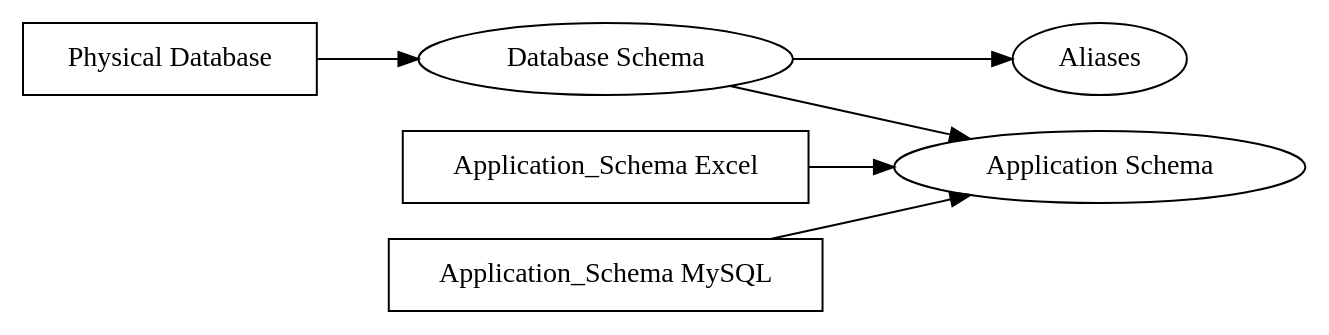
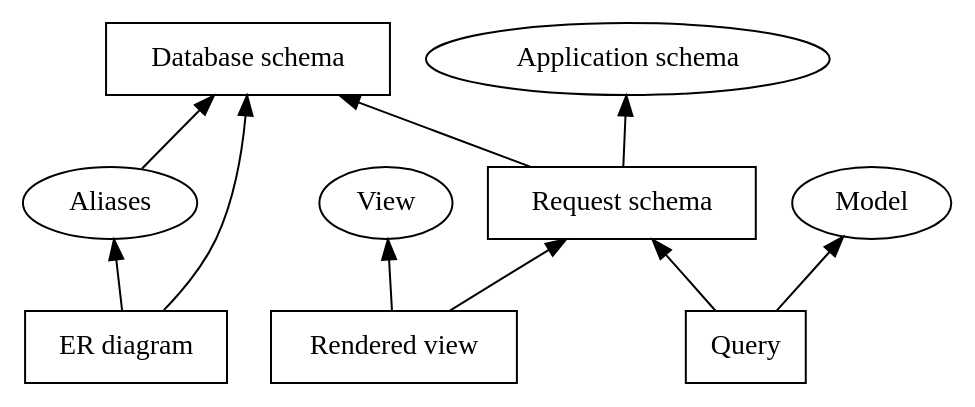
The diagram in misc/dependency.dot (sagittar-org/pieni), drawn with Graphviz before and after one commit. The commit also changed 2 other files, not shown here.

```diff
--- a/misc/dependency.dot
+++ b/misc/dependency.dot
@@ -1,14 +1,23 @@
 digraph database_schema {
-	rankdir=LR;
-	physical_database [label="Physical Database" shape="rect"];
-	database_schema [label="Database Schema"];
+	rankdir=TB;
+
+	database_schema [label="Database schema" shape="rect"];
 	aliases [label="Aliases"];
-	application_schema_excel [label="Application_Schema Excel" shape="rect"];
-	application_schema_mysql [label="Application_Schema MySQL" shape="rect"];
-	application_schema [label="Application Schema"];
-	physical_database -> database_schema;
-	database_schema -> aliases;
-	database_schema -> application_schema;
-	application_schema_excel -> application_schema;
-	application_schema_mysql -> application_schema;
+	er_diagram [label="ER diagram" shape="rect"];
+	application_schema [label="Application schema"];
+	request_schema [label="Request schema" shape="rect"];
+	view [label="View"];
+	rendered_view [label="Rendered view" shape="rect"];
+	model [label="Model"];
+	query [label="Query" shape="rect"];
+
+	database_schema -> aliases [dir="back"];
+	database_schema -> er_diagram [dir="back"];
+	aliases -> er_diagram [dir="back"];
+	database_schema -> request_schema [dir="back"];
+	application_schema -> request_schema [dir="back"];
+	request_schema -> rendered_view [dir="back"];
+	view -> rendered_view [dir="back"];
+	request_schema -> query [dir="back"];
+	model -> query [dir="back"];
 }
```
